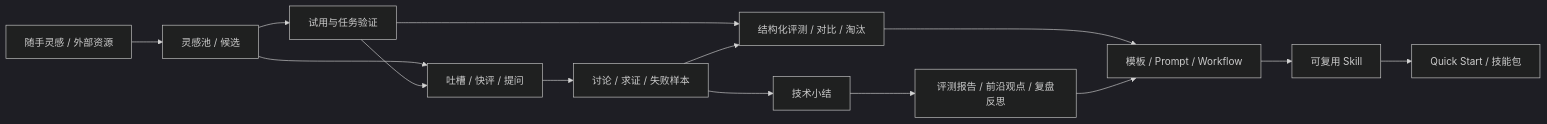
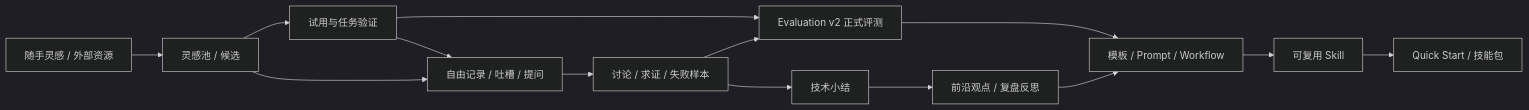
One commit to qzhqzh/LogWood changed the diagram in README.md. Above: the diagram before and after it, drawn with Mermaid (dark theme). The commit also changed other lines of this file and 34 other files, not shown here.

````diff
--- a/README.md
+++ b/README.md
@@ -11,18 +11,17 @@
 ```mermaid
 flowchart LR
   I[随手灵感 / 外部资源] --> C[灵感池 / 候选]
   C --> T[试用与任务验证]
-  T --> E[结构化评测 / 对比 / 淘汰]
+  T --> E[Evaluation v2 正式评测]
   E --> R[模板 / Prompt / Workflow]
   R --> S[可复用 Skill]
   S --> P[Quick Start / 技能包]
 
-  C --> Q[吐槽 / 快评 / 提问]
+  C --> Q[自由记录 / 吐槽 / 提问]
   T --> Q
   Q --> D[讨论 / 求证 / 失败样本]
+  D --> E
   D --> N[技术小结]
-  N --> A[评测报告 / 前沿观点 / 复盘反思]
-
-  D --> E
+  N --> A[前沿观点 / 复盘反思]
   A --> R
 ```
````
